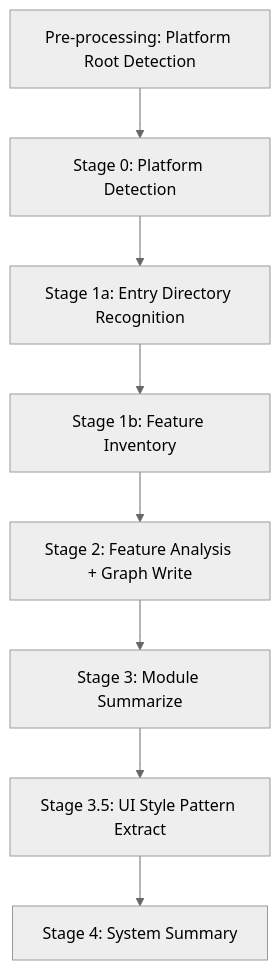
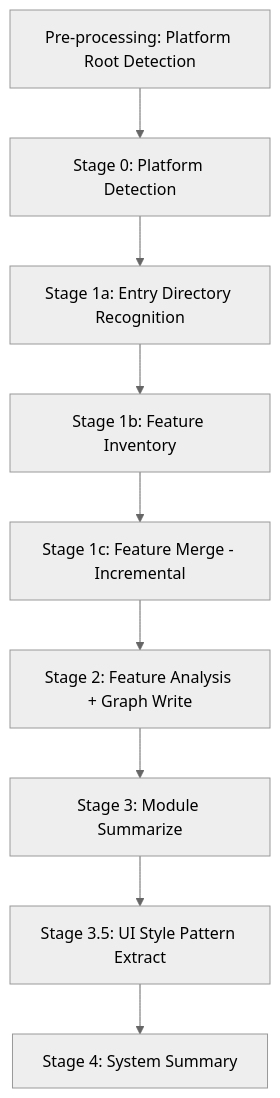
The diagram in .speccrew/skills/speccrew-knowledge-bizs-dispatch/SKILL.md (charlesmu99/speccrew), drawn with Mermaid (neutral theme) before and after one commit. The commit also changed other lines of this file and 4 other files, not shown here.

Commit message:
feat: add incremental knowledge update mechanism and fix feature-designer API contract flow

````diff
--- a/.speccrew/skills/speccrew-knowledge-bizs-dispatch/SKILL.md
+++ b/.speccrew/skills/speccrew-knowledge-bizs-dispatch/SKILL.md
@@ -58,10 +58,11 @@
 ```mermaid
 flowchart TB
     S0[Pre-processing: Platform Root Detection] --> S0a[Stage 0: Platform Detection]
     S0a --> S1a[Stage 1a: Entry Directory Recognition]
     S1a --> S1b[Stage 1b: Feature Inventory]
-    S1b --> S2[Stage 2: Feature Analysis + Graph Write]
+    S1b --> S1c[Stage 1c: Feature Merge - Incremental]
+    S1c --> S2[Stage 2: Feature Analysis + Graph Write]
     S2 --> S3[Stage 3: Module Summarize]
     S3 --> S3_5[Stage 3.5: UI Style Pattern Extract]
     S3_5 --> S4[Stage 4: System Summary]
 ```
````
